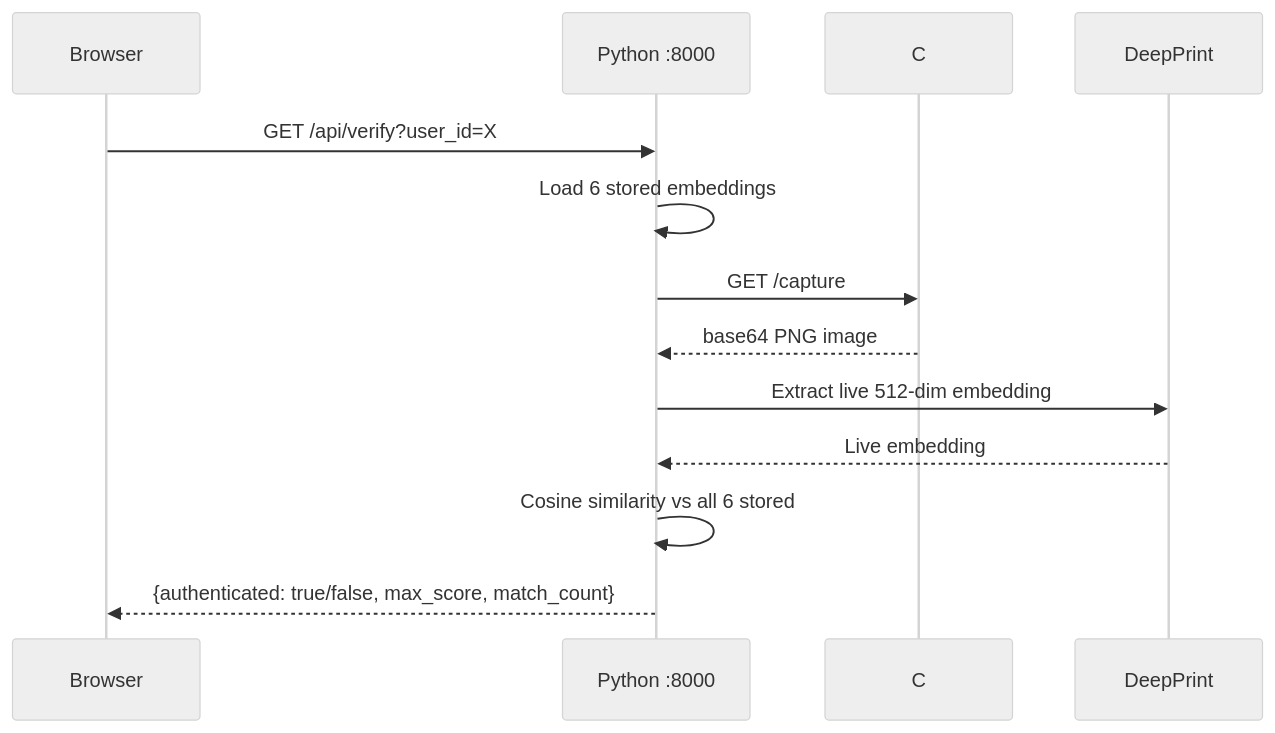
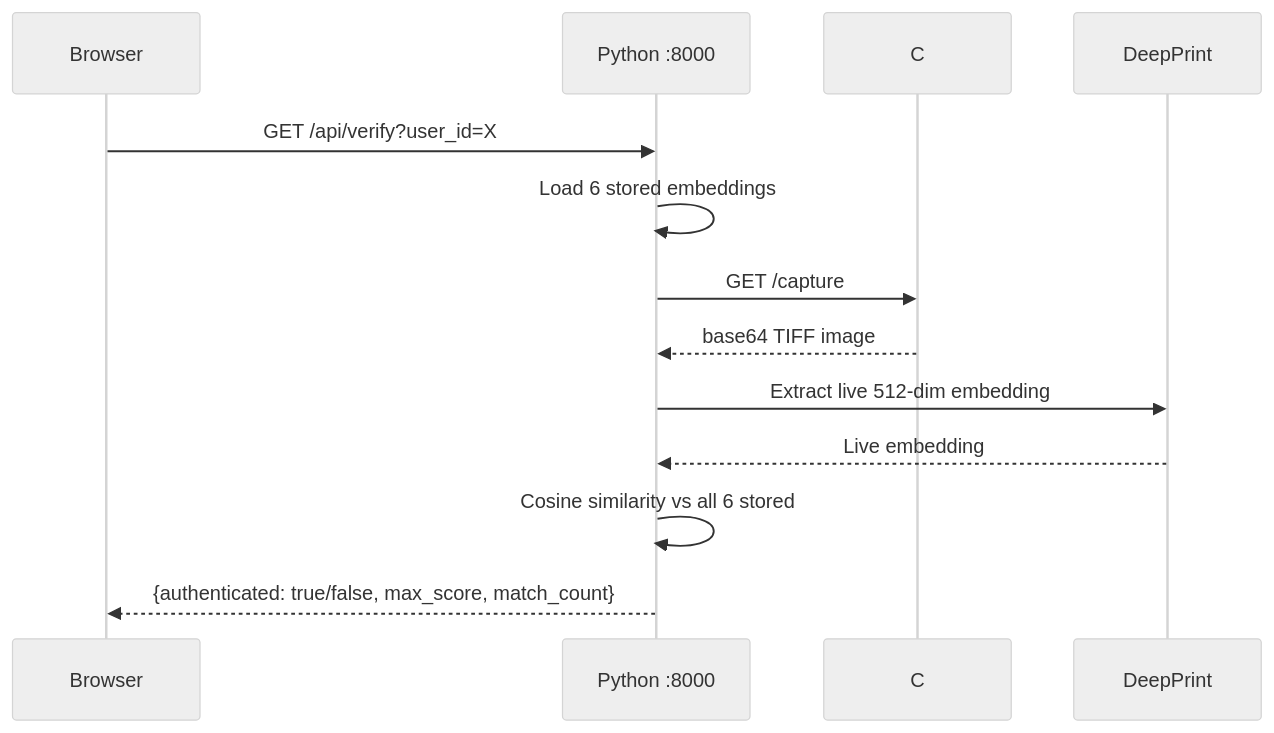
One commit to rrriiiyyyaaa/1-1-fingerprint-verification- changed the third of 3 diagrams in README.md. Above: the diagram before and after it, drawn with Mermaid (neutral theme). The commit also changed other lines of this file and 2 other files, not shown here.

Commit message:
feat: use TIFF format and update README database docs

````diff
--- a/README.md
+++ b/README.md
@@ -122,16 +120,16 @@
 ```mermaid
 sequenceDiagram
     participant User as Browser
     participant FastAPI as Python :8000
     participant CSharp as C# :5220
     participant Model as DeepPrint
 
     User->>FastAPI: GET /api/verify?user_id=X
     FastAPI->>FastAPI: Load 6 stored embeddings
     FastAPI->>CSharp: GET /capture
-    CSharp-->>FastAPI: base64 PNG image
+    CSharp-->>FastAPI: base64 TIFF image
     FastAPI->>Model: Extract live 512-dim embedding
     Model-->>FastAPI: Live embedding
     FastAPI->>FastAPI: Cosine similarity vs all 6 stored
     FastAPI-->>User: {authenticated: true/false, max_score, match_count}
 ```
````
